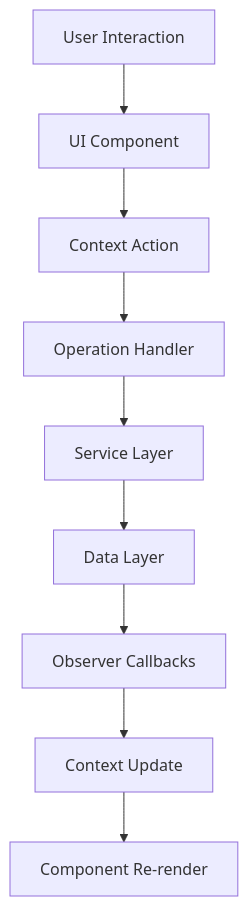
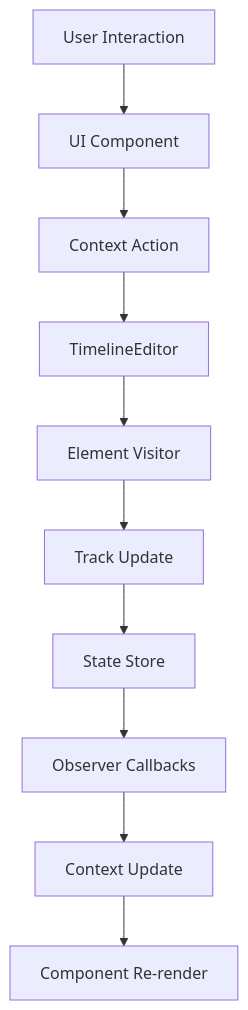
The sixth of 7 diagrams in packages/documentation/docs/architecture.md (ncounterspecialist/twick), drawn with Mermaid before and after one commit. The commit also changed other lines of this file and 2 other files, not shown here.

````diff
--- a/packages/documentation/docs/architecture.md
+++ b/packages/documentation/docs/architecture.md
@@ -333,11 +467,12 @@
 ```mermaid
 graph TD
     A[User Interaction] --> B[UI Component]
     B --> C[Context Action]
-    C --> D[Operation Handler]
-    D --> E[Service Layer]
-    E --> F[Data Layer]
-    F --> G[Observer Callbacks]
-    G --> H[Context Update]
-    H --> I[Component Re-render]
+    C --> D[TimelineEditor]
+    D --> E[Element Visitor]
+    E --> F[Track Update]
+    F --> G[State Store]
+    G --> H[Observer Callbacks]
+    H --> I[Context Update]
+    I --> J[Component Re-render]
 ```
````
